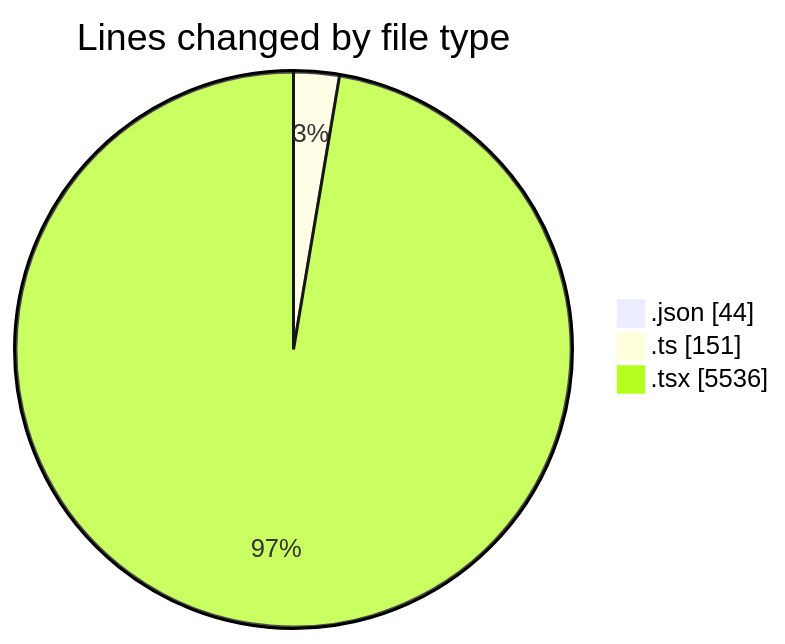
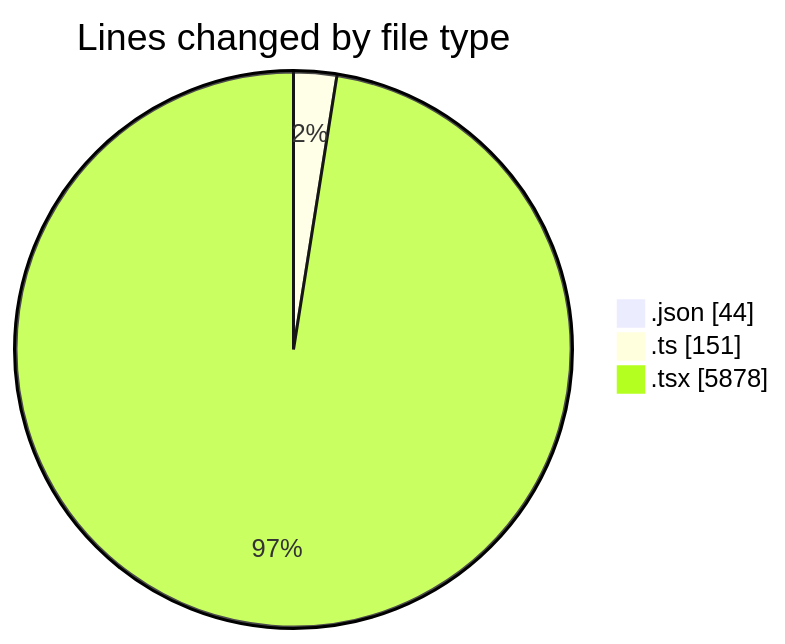
Before and after one commit to julien-gomy/code-tracking: the first of 2 diagrams in 2025-10-24/eventscop-frontend-guide__workspace_/README.md, drawn with Mermaid. The commit also changed other lines of this file and 1 other file, not shown here.

````diff
--- a/2025-10-24/eventscop-frontend-guide__workspace_/README.md
+++ b/2025-10-24/eventscop-frontend-guide__workspace_/README.md
@@ -36,7 +38,7 @@
 ```mermaid
 pie showData
 title Lines changed by file type
 ".json" : 44
 ".ts" : 151
-".tsx" : 5536
+".tsx" : 5878
 ```
````
